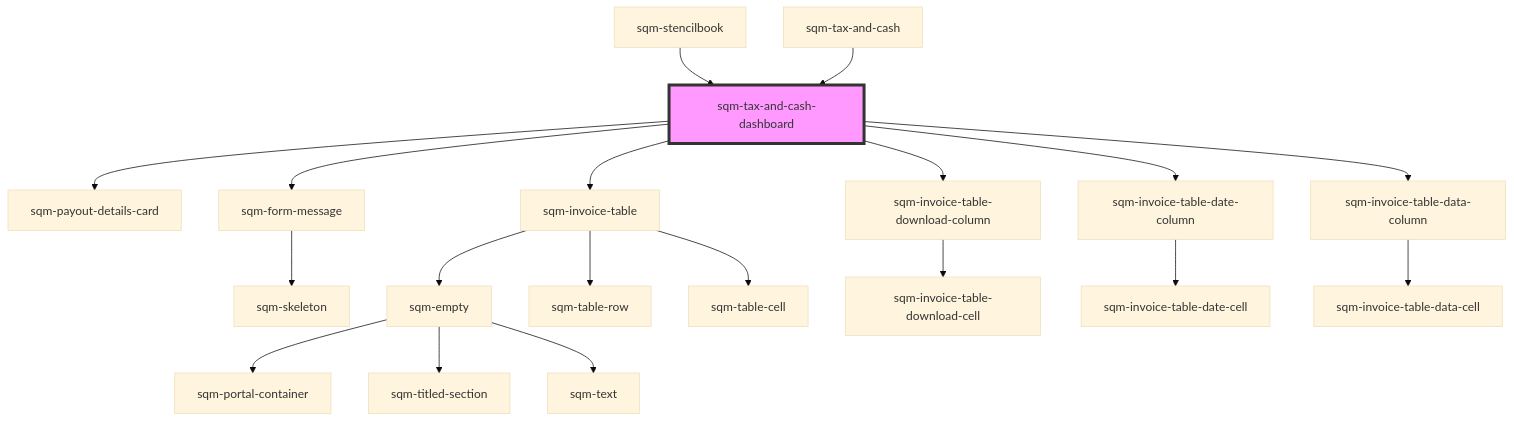
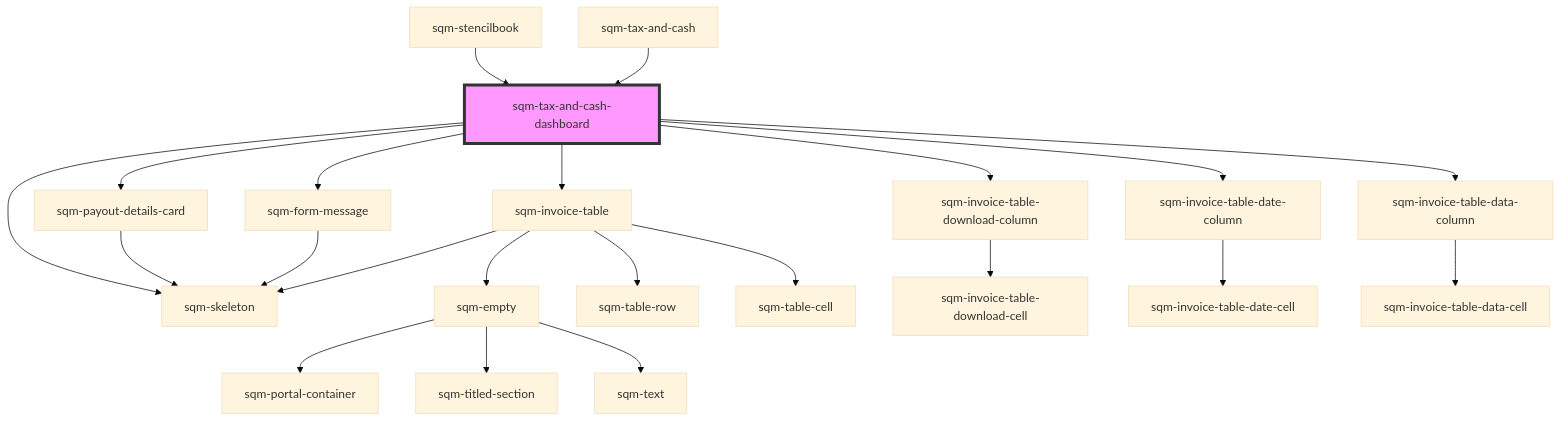
One commit to saasquatch/program-tools changed the diagram in packages/mint-components/src/components/tax-and-cash/sqm-tax-and-cash-dashboard/readme.md. Above: the diagram before and after it, drawn with Mermaid (base theme). The commit also changed other lines of this file and 15 other files, not shown here.

````diff
--- a/packages/mint-components/src/components/tax-and-cash/sqm-tax-and-cash-dashboard/readme.md
+++ b/packages/mint-components/src/components/tax-and-cash/sqm-tax-and-cash-dashboard/readme.md
@@ -113,22 +114,25 @@
 ```mermaid
 graph TD;
   sqm-tax-and-cash-dashboard --> sqm-payout-details-card
   sqm-tax-and-cash-dashboard --> sqm-form-message
+  sqm-tax-and-cash-dashboard --> sqm-skeleton
   sqm-tax-and-cash-dashboard --> sqm-invoice-table
   sqm-tax-and-cash-dashboard --> sqm-invoice-table-download-column
   sqm-tax-and-cash-dashboard --> sqm-invoice-table-date-column
   sqm-tax-and-cash-dashboard --> sqm-invoice-table-data-column
+  sqm-payout-details-card --> sqm-skeleton
   sqm-form-message --> sqm-skeleton
   sqm-invoice-table --> sqm-empty
   sqm-invoice-table --> sqm-table-row
   sqm-invoice-table --> sqm-table-cell
+  sqm-invoice-table --> sqm-skeleton
   sqm-empty --> sqm-portal-container
   sqm-empty --> sqm-titled-section
   sqm-empty --> sqm-text
   sqm-invoice-table-download-column --> sqm-invoice-table-download-cell
   sqm-invoice-table-date-column --> sqm-invoice-table-date-cell
   sqm-invoice-table-data-column --> sqm-invoice-table-data-cell
   sqm-stencilbook --> sqm-tax-and-cash-dashboard
   sqm-tax-and-cash --> sqm-tax-and-cash-dashboard
   style sqm-tax-and-cash-dashboard fill:#f9f,stroke:#333,stroke-width:4px
 ```
````
